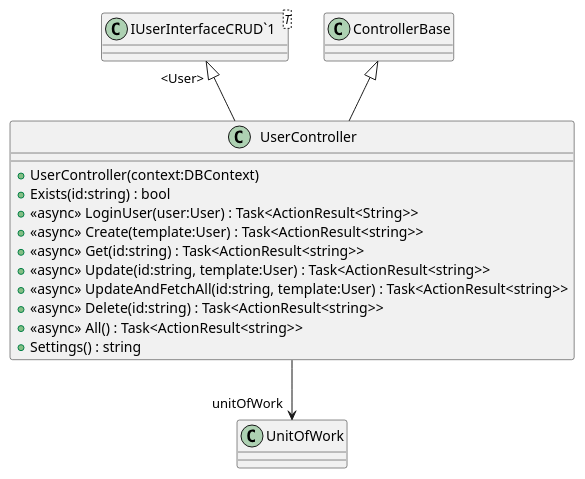
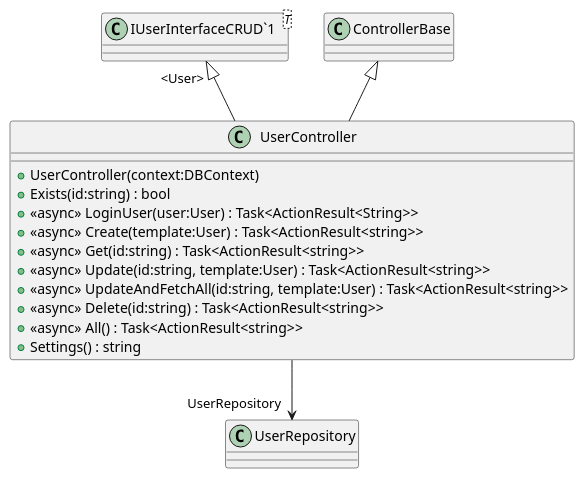
Before and after one commit to timothxy/ICT2106_P3_Project: the diagram in YouthActionDotNet/UML/Controllers/UserController.puml, drawn with PlantUML. The commit also changed 18 other files, not shown here.

```diff
--- a/YouthActionDotNet/UML/Controllers/UserController.puml
+++ b/YouthActionDotNet/UML/Controllers/UserController.puml
@@ -1,19 +1,19 @@
 @startuml
 class UserController {
     + UserController(context:DBContext)
     + Exists(id:string) : bool
     + <<async>> LoginUser(user:User) : Task<ActionResult<String>>
     + <<async>> Create(template:User) : Task<ActionResult<string>>
     + <<async>> Get(id:string) : Task<ActionResult<string>>
     + <<async>> Update(id:string, template:User) : Task<ActionResult<string>>
     + <<async>> UpdateAndFetchAll(id:string, template:User) : Task<ActionResult<string>>
     + <<async>> Delete(id:string) : Task<ActionResult<string>>
     + <<async>> All() : Task<ActionResult<string>>
     + Settings() : string
 }
 class "IUserInterfaceCRUD`1"<T> {
 }
 ControllerBase <|-- UserController
 "IUserInterfaceCRUD`1" "<User>" <|-- UserController
-UserController --> "unitOfWork" UnitOfWork
+UserController --> "UserRepository" UserRepository
 @enduml
```
